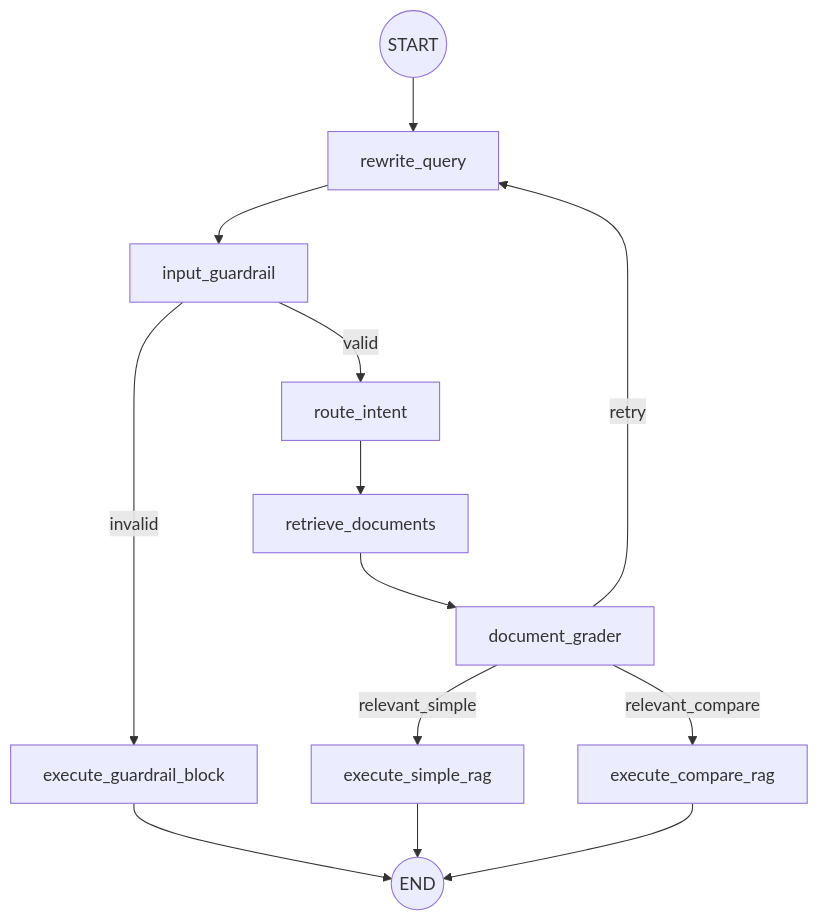
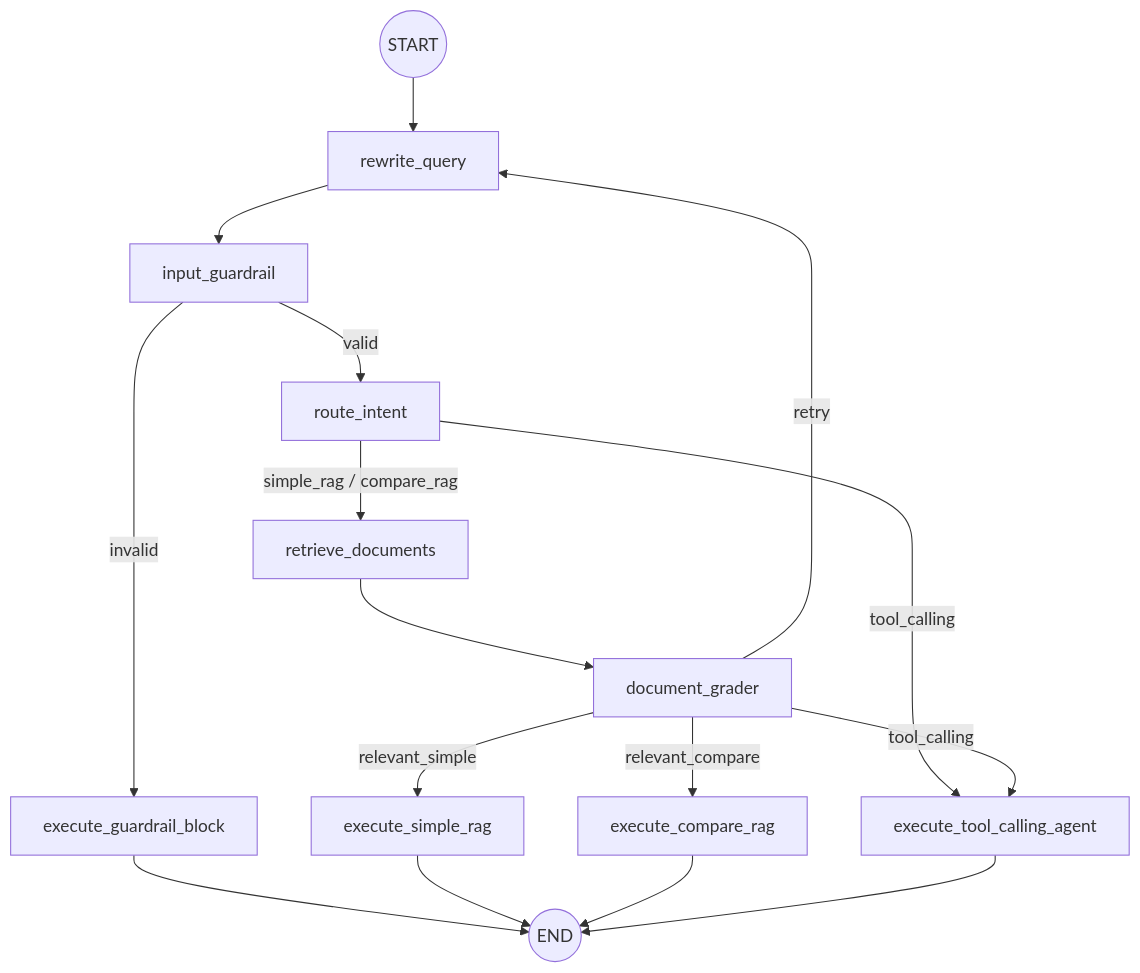
One commit to ShreshthTarwey/NexusAI changed the diagram in README.md. Above: the diagram before and after it, drawn with Mermaid. The commit also changed other lines of this file and 10 other files, not shown here.

Commit message:
Implemented Phase 8 Robust Tool Calling Layer

````diff
--- a/README.md
+++ b/README.md
@@ -346,19 +365,22 @@
 ```mermaid
 graph TD
     START((START)) --> rewrite_query
     rewrite_query --> input_guardrail
-    
+
     input_guardrail -- valid --> route_intent
     input_guardrail -- invalid --> execute_guardrail_block
-    
     execute_guardrail_block --> END((END))
-    route_intent --> retrieve_documents
+
+    route_intent -- simple_rag / compare_rag --> retrieve_documents
+    route_intent -- tool_calling --> execute_tool_calling_agent
+
     retrieve_documents --> document_grader
-    
     document_grader -- relevant_simple --> execute_simple_rag
     document_grader -- relevant_compare --> execute_compare_rag
+    document_grader -- tool_calling --> execute_tool_calling_agent
     document_grader -- retry --> rewrite_query
-    
+
     execute_simple_rag --> END
     execute_compare_rag --> END
+    execute_tool_calling_agent --> END
 ```
````
